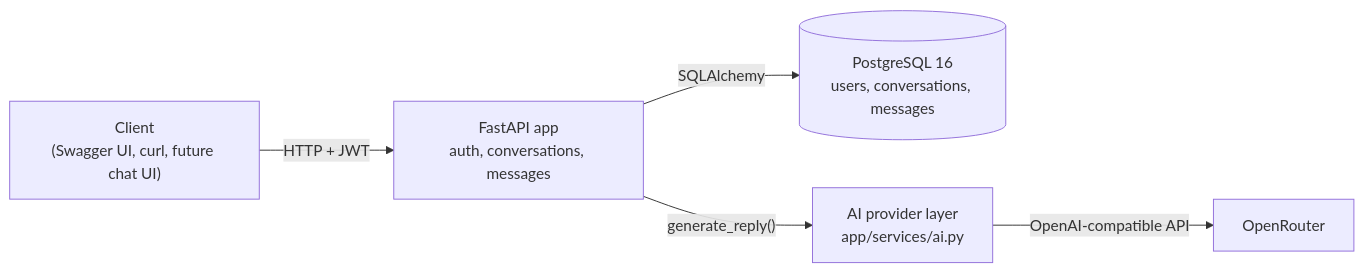
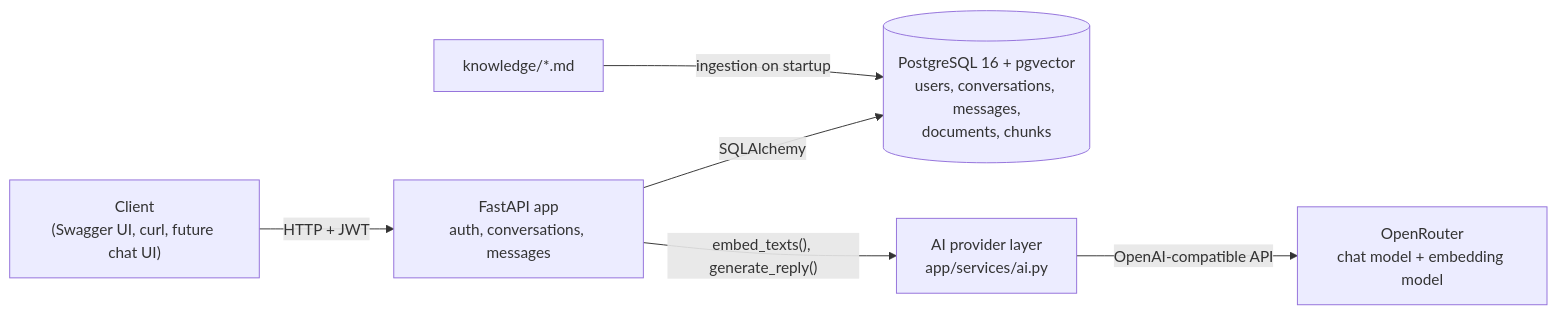
One commit to Abraham-theAnalyst/shopassist changed the diagram in README.md. Above: the diagram before and after it, drawn with Mermaid. The commit also changed other lines of this file and 1 other file, not shown here.

Commit message:
M2 Slice 5: ingestion on startup and README

````diff
--- a/README.md
+++ b/README.md
@@ -49,13 +57,15 @@
 ```mermaid
 flowchart LR
     Client["Client<br/>(Swagger UI, curl, future chat UI)"]
     API["FastAPI app<br/>auth, conversations, messages"]
-    DB[("PostgreSQL 16<br/>users, conversations, messages")]
+    DB[("PostgreSQL 16 + pgvector<br/>users, conversations, messages,<br/>documents, chunks")]
     AILayer["AI provider layer<br/>app/services/ai.py"]
-    OpenRouter["OpenRouter"]
+    OpenRouter["OpenRouter<br/>chat model + embedding model"]
+    Files["knowledge/*.md"]
 
     Client -- "HTTP + JWT" --> API
     API -- "SQLAlchemy" --> DB
-    API -- "generate_reply()" --> AILayer
+    API -- "embed_texts(), generate_reply()" --> AILayer
     AILayer -- "OpenAI-compatible API" --> OpenRouter
+    Files -- "ingestion on startup" --> DB
 ```
````
